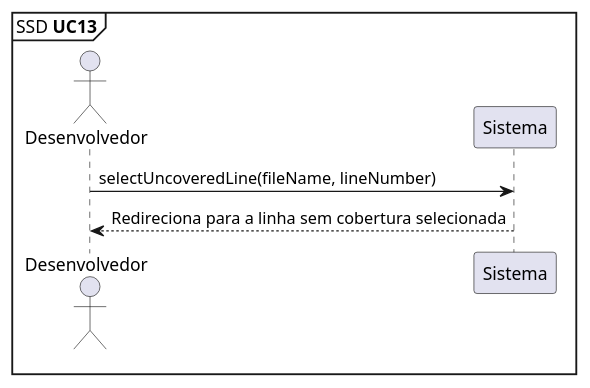
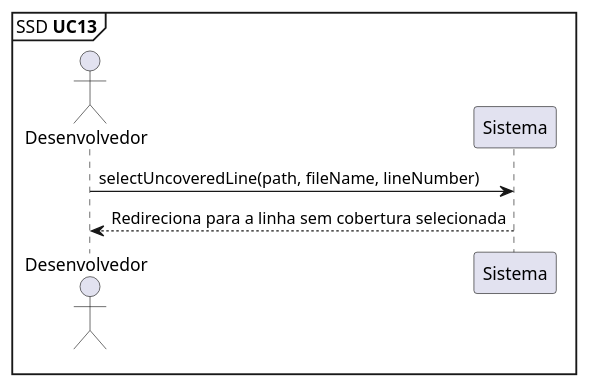
One commit to ICEI-PUC-Minas-PPLES-TI/plf-es-2022-1-tcci-5308100-dev-arthur-rocha-guilherme-oliveira changed the diagram in Artefatos/Diagram de Sequência de Sistema/PlantUML/UC13.plantuml. Above: the diagram before and after it, drawn with PlantUML. The commit also changed 1 other file, not shown here.

Commit message:
:books: docs: Updating UC13 SSD diagram

```diff
--- a/Artefatos/Diagram de Sequência de Sistema/PlantUML/UC13.plantuml
+++ b/Artefatos/Diagram de Sequência de Sistema/PlantUML/UC13.plantuml
@@ -1,13 +1,13 @@
 @startuml
 
 mainframe SSD **UC13** 
 
 'UC13: Como desenvolvedor, desejo selecionar uma das linhas listadas como sem cobertura.
 
 actor       Desenvolvedor as Dev
 participant Sistema       as System
 
-Dev -> System: selectUncoveredLine(fileName, lineNumber)
+Dev -> System: selectUncoveredLine(path, fileName, lineNumber)
 Dev <-- System: Redireciona para a linha sem cobertura selecionada
 
 @enduml
```
